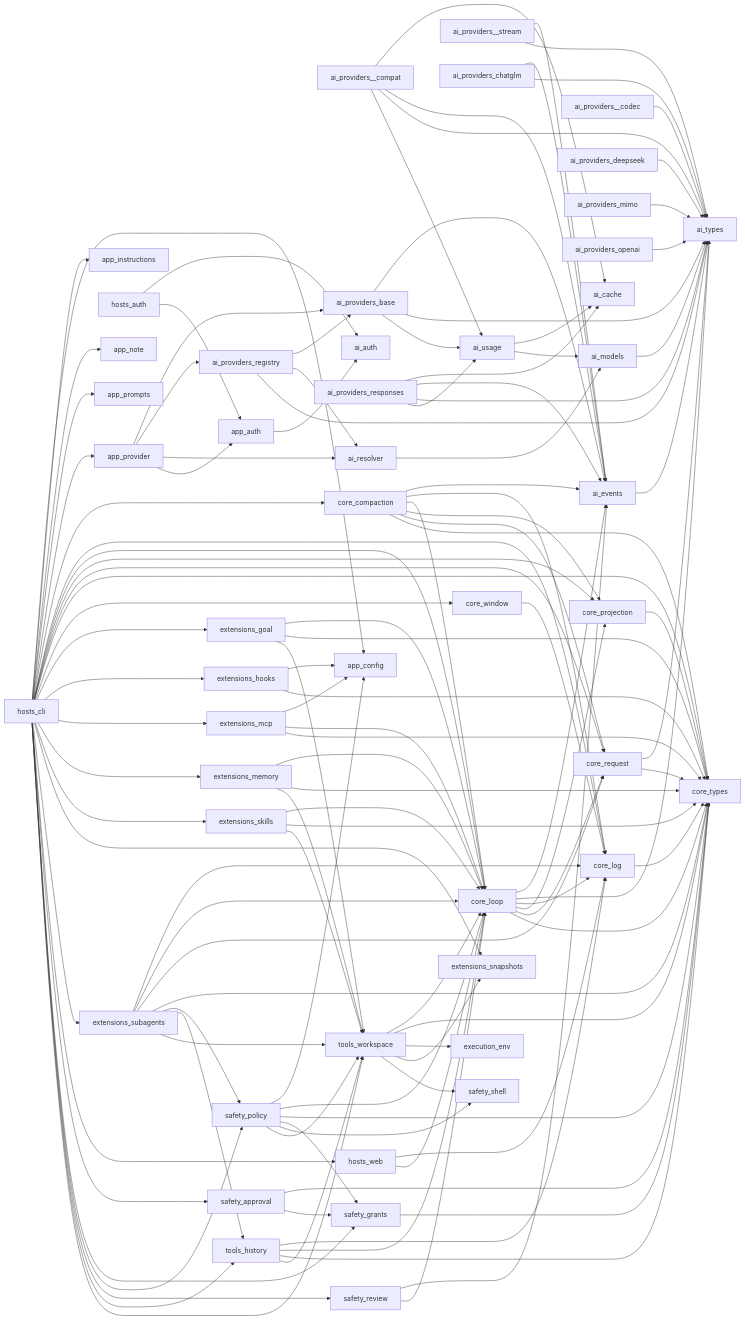
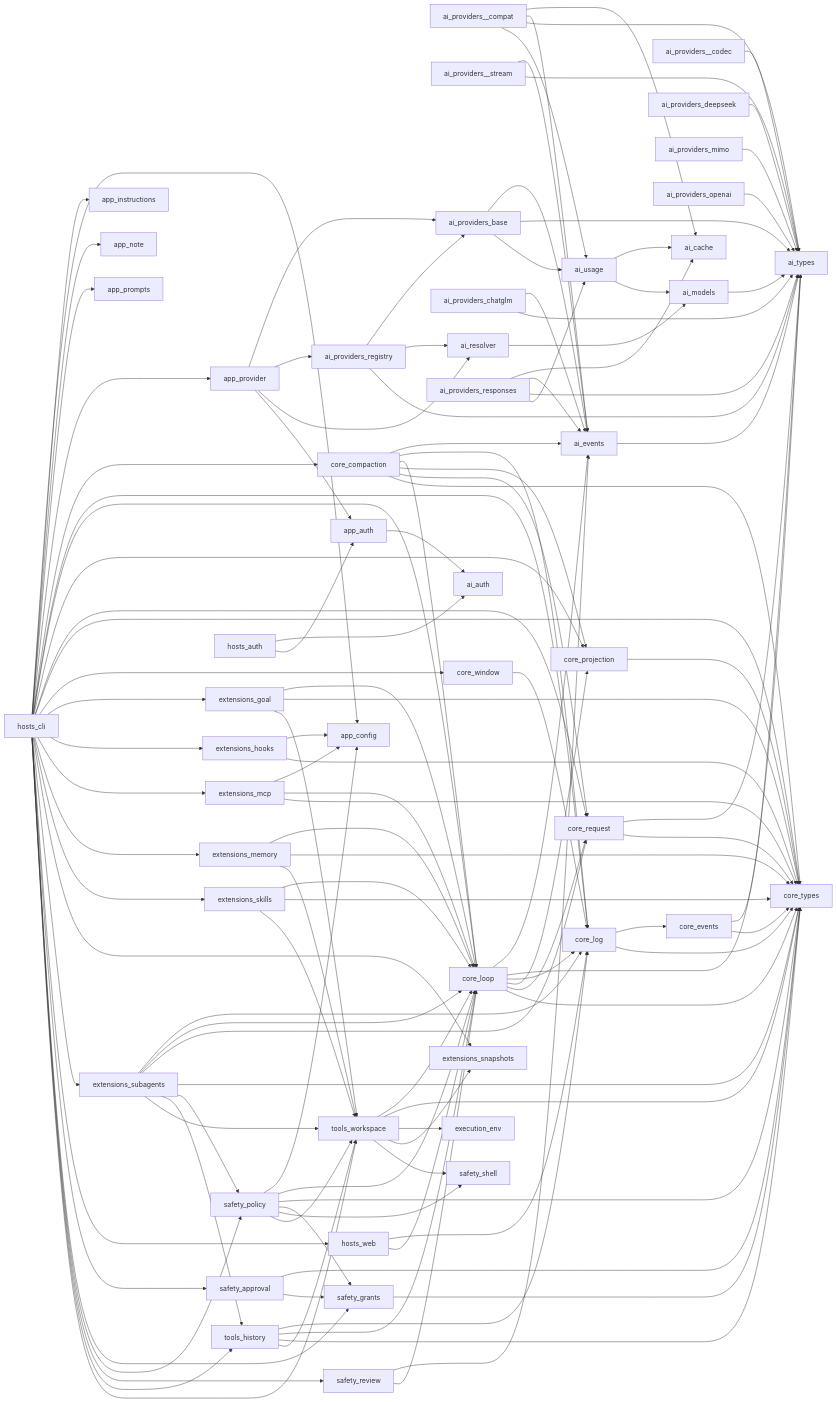
The diagram in docs/design/module-graph.md (reddishJade/CadeMini), drawn with Mermaid before and after one commit. The commit also changed 10 other files, not shown here.

```diff
--- a/docs/design/module-graph.md
+++ b/docs/design/module-graph.md
@@ -44,6 +44,9 @@
   core_compaction --> core_projection
   core_compaction --> core_request
   core_compaction --> core_types
+  core_events --> ai_types
+  core_events --> core_types
+  core_log --> core_events
   core_log --> core_types
   core_loop --> ai_events
   core_loop --> ai_types
```
